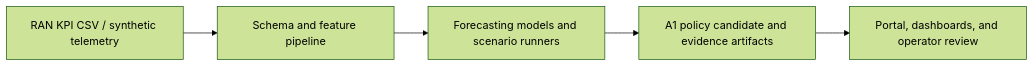
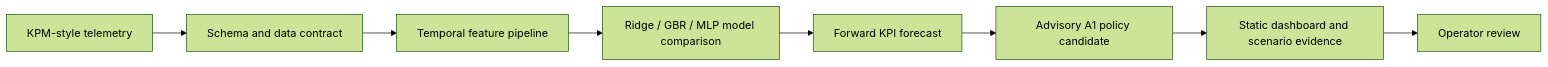
The diagram in README.md (obiedeh/ai-ran-kpi-forecasting), drawn with Mermaid (forest theme) before and after one commit. The commit also changed other lines of this file and 6 other files, not shown here.

Commit message:
Upgrade AI-RAN rApp evidence pack framing

````diff
--- a/README.md
+++ b/README.md
@@ -63,7 +23,10 @@
 ```mermaid
 flowchart LR
-    A[RAN KPI CSV / synthetic telemetry] --> B[Schema and feature pipeline]
-    B --> C[Forecasting models and scenario runners]
-    C --> D[A1 policy candidate and evidence artifacts]
-    D --> E[Portal, dashboards, and operator review]
+    A["KPM-style telemetry"] --> B["Schema and data contract"]
+    B --> C["Temporal feature pipeline"]
+    C --> D["Ridge / GBR / MLP model comparison"]
+    D --> E["Forward KPI forecast"]
+    E --> F["Advisory A1 policy candidate"]
+    F --> G["Static dashboard and scenario evidence"]
+    G --> H["Operator review"]
 ```
````
